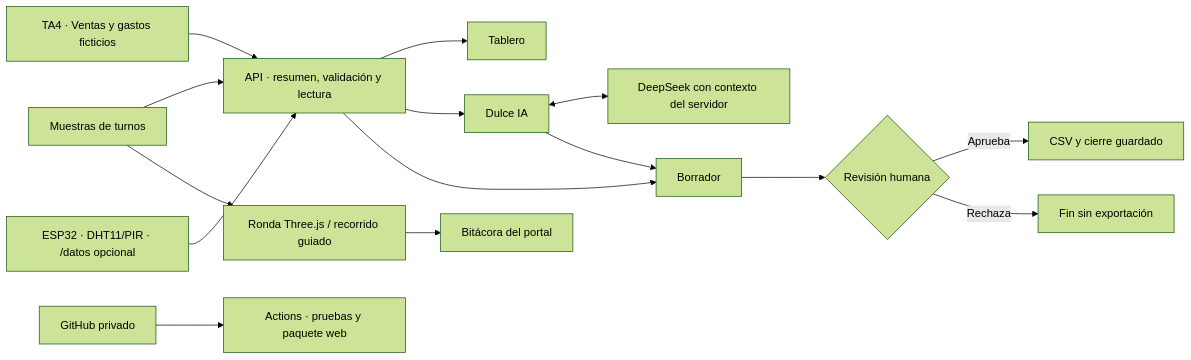
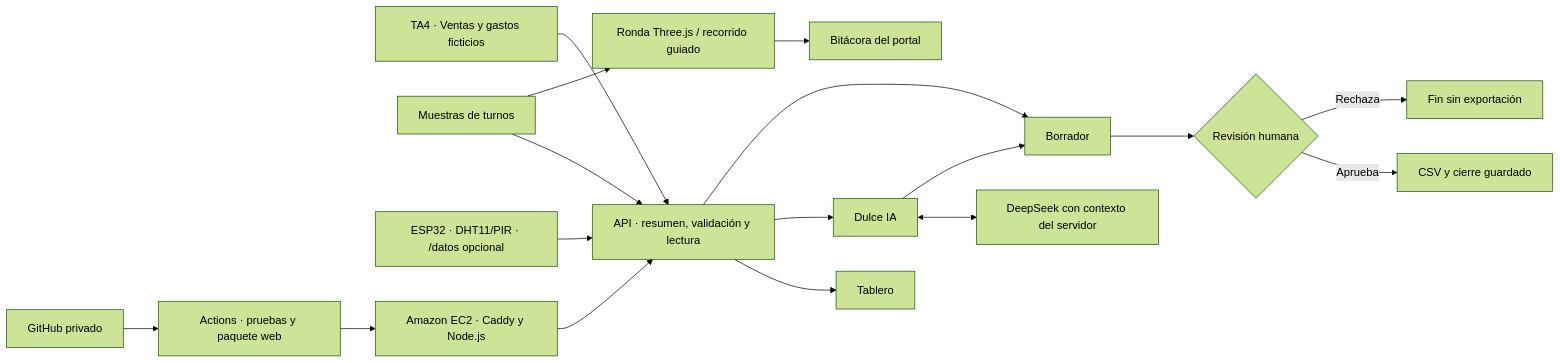
Before and after one commit to JoseDMG1/mi-dulce-tesoro-integrador: the diagram in README.md, drawn with Mermaid (forest theme). The commit also changed other lines of this file and 11 other files, not shown here.

````diff
--- a/README.md
+++ b/README.md
@@ -36,17 +53,19 @@
 ```mermaid
 flowchart LR
     TA4["TA4 · Ventas y gastos ficticios"] --> API["API · resumen, validación y lectura"]
     SIM["Muestras de turnos"] --> API
     ESP["ESP32 · DHT11/PIR · /datos opcional"] --> API
     API --> TAB["Tablero"]
     API --> CHAT["Dulce IA"]
     CHAT <--> DS["DeepSeek con contexto del servidor"]
     API --> BOR["Borrador"]
     CHAT --> BOR
     BOR --> REV{"Revisión humana"}
     REV -->|Aprueba| CSV["CSV y cierre guardado"]
     REV -->|Rechaza| FIN["Fin sin exportación"]
     SIM --> XR["Ronda Three.js / recorrido guiado"]
     XR --> BIT["Bitácora del portal"]
     GH["GitHub privado"] --> CI["Actions · pruebas y paquete web"]
+    CI --> EC2["Amazon EC2 · Caddy y Node.js"]
+    EC2 --> API
 ```
````
